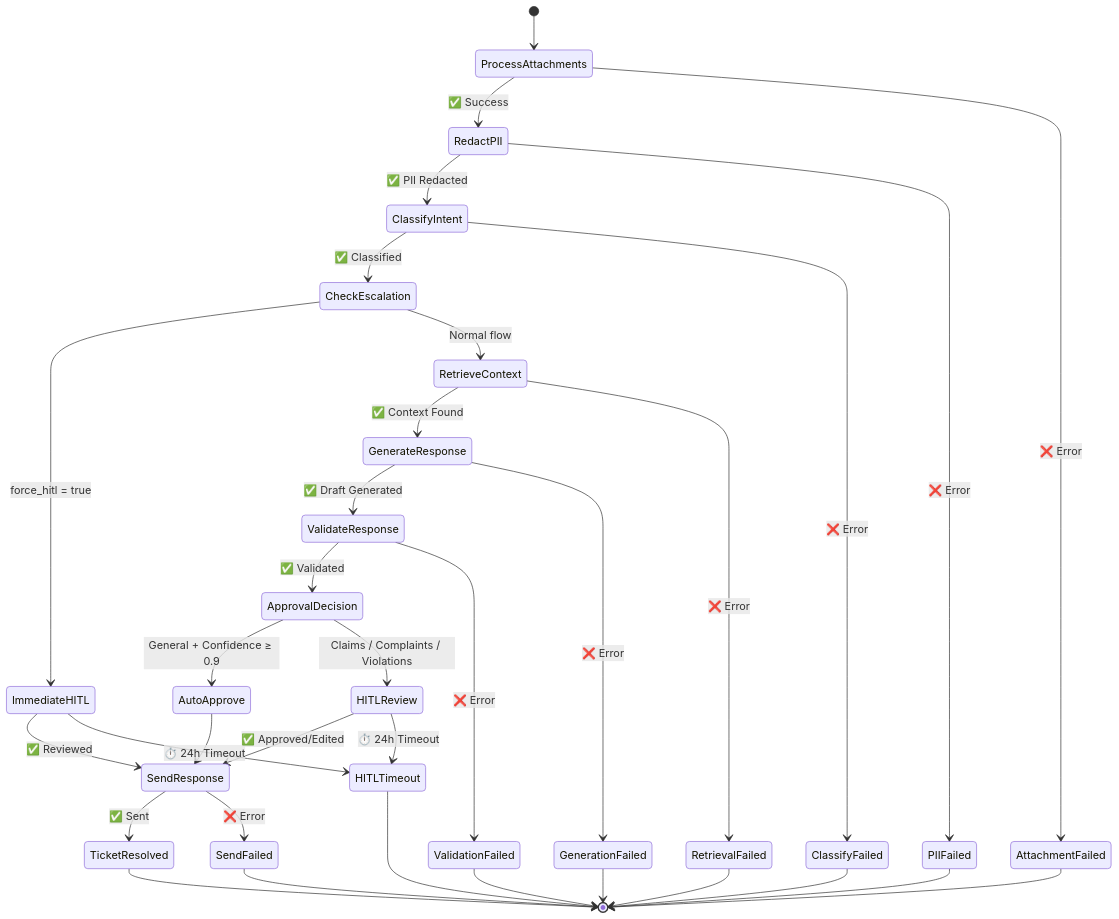
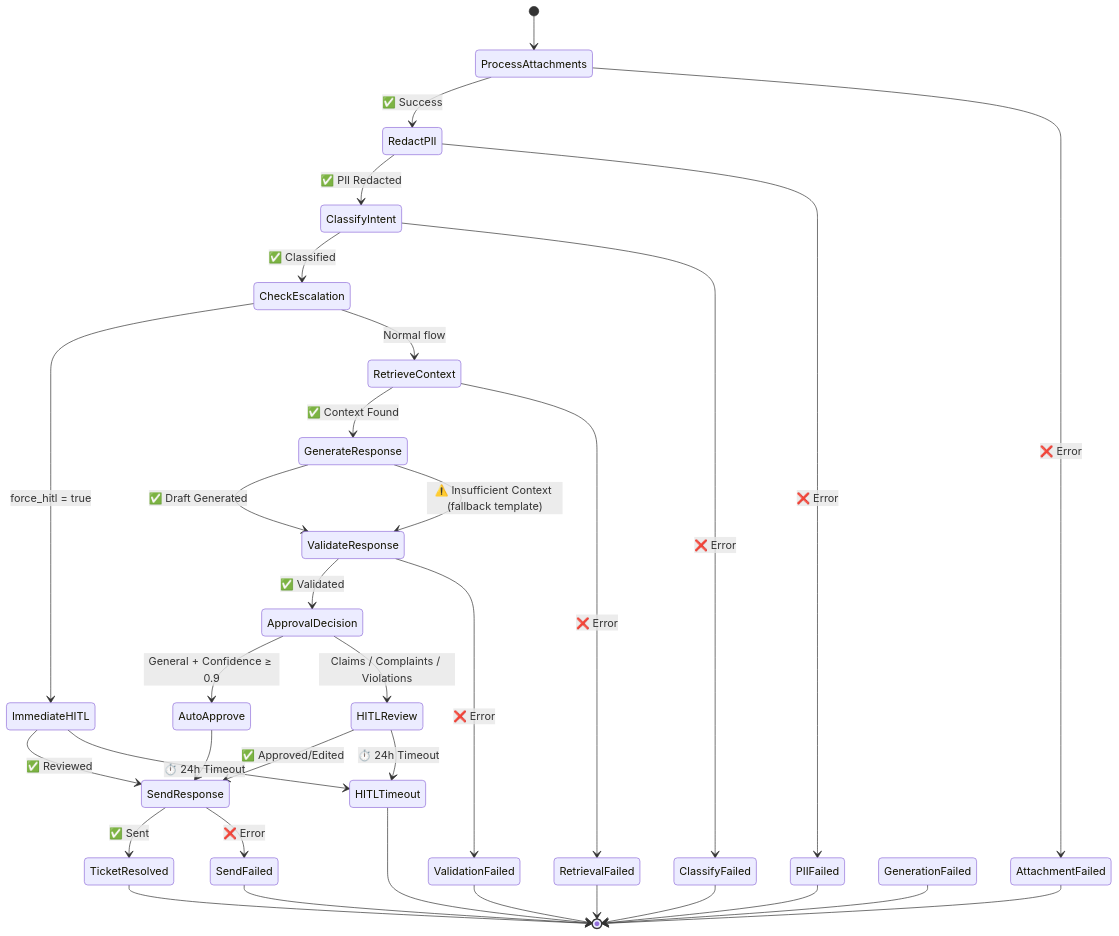
The fourth of 14 diagrams in docs/ARCHITECTURE.md (pankajshakya627/rag-insurance-support-agent), drawn with Mermaid before and after one commit. The commit also changed other lines of this file, not shown here.

Commit message:
update architecture

````diff
--- a/docs/ARCHITECTURE.md
+++ b/docs/ARCHITECTURE.md
@@ -169,52 +256,52 @@
 ```mermaid
 stateDiagram-v2
     [*] --> ProcessAttachments
 
     ProcessAttachments --> RedactPII : ✅ Success
     ProcessAttachments --> AttachmentFailed : ❌ Error
 
     RedactPII --> ClassifyIntent : ✅ PII Redacted
     RedactPII --> PIIFailed : ❌ Error
 
     ClassifyIntent --> CheckEscalation : ✅ Classified
     ClassifyIntent --> ClassifyFailed : ❌ Error
 
     state CheckEscalation <<choice>>
     CheckEscalation --> ImmediateHITL : force_hitl = true
     CheckEscalation --> RetrieveContext : Normal flow
 
     ImmediateHITL --> SendResponse : ✅ Reviewed
     ImmediateHITL --> HITLTimeout : ⏱️ 24h Timeout
 
     RetrieveContext --> GenerateResponse : ✅ Context Found
     RetrieveContext --> RetrievalFailed : ❌ Error
 
     GenerateResponse --> ValidateResponse : ✅ Draft Generated
-    GenerateResponse --> GenerationFailed : ❌ Error
+    GenerateResponse --> ValidateResponse : ⚠️ Insufficient Context (fallback template)
 
     ValidateResponse --> ApprovalDecision : ✅ Validated
     ValidateResponse --> ValidationFailed : ❌ Error
 
     state ApprovalDecision <<choice>>
     ApprovalDecision --> AutoApprove : General + Confidence ≥ 0.9
     ApprovalDecision --> HITLReview : Claims / Complaints / Violations
 
     AutoApprove --> SendResponse
 
     HITLReview --> SendResponse : ✅ Approved/Edited
     HITLReview --> HITLTimeout : ⏱️ 24h Timeout
 
     SendResponse --> TicketResolved : ✅ Sent
     SendResponse --> SendFailed : ❌ Error
 
     TicketResolved --> [*]
 
     AttachmentFailed --> [*]
     PIIFailed --> [*]
     ClassifyFailed --> [*]
     RetrievalFailed --> [*]
     GenerationFailed --> [*]
     ValidationFailed --> [*]
     HITLTimeout --> [*]
     SendFailed --> [*]
 ```
````
